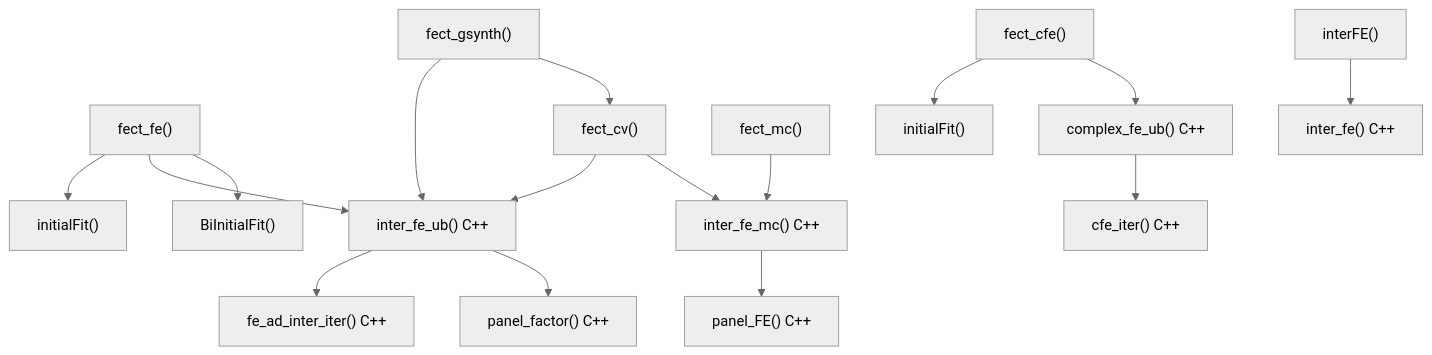
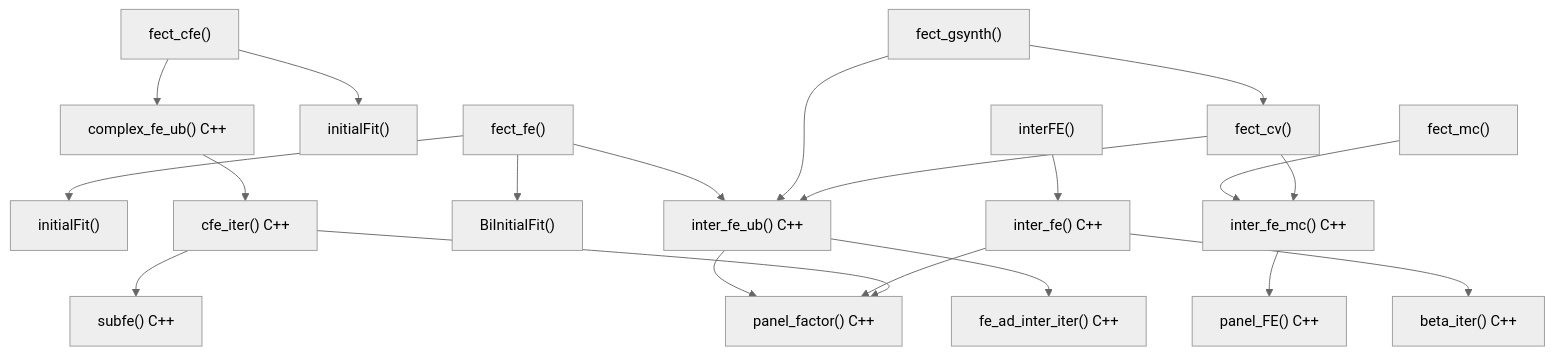
One commit to xuyiqing/fect changed the third of 4 diagrams in architecture.md. Above: the diagram before and after it, drawn with Mermaid. The commit also changed other lines of this file, not shown here.

Commit message:
Redraw architecture.md per StatsClaw scribe template

````diff
--- a/architecture.md
+++ b/architecture.md
@@ -208,27 +205,32 @@
 ```mermaid
 %%{init: {'theme': 'neutral'}}%%
 graph TD
     fect_fe["fect_fe()"] --> initialFit["initialFit()"]
     fect_fe --> inter_fe_ub["inter_fe_ub() C++"]
     fect_fe --> BiInitialFit["BiInitialFit()"]
 
     fect_cfe["fect_cfe()"] --> initialFit2["initialFit()"]
     fect_cfe --> complex_fe_ub["complex_fe_ub() C++"]
 
     fect_mc["fect_mc()"] --> inter_fe_mc["inter_fe_mc() C++"]
 
     fect_gsynth["fect_gsynth()"] --> inter_fe_ub
     fect_gsynth --> fect_cv["fect_cv()"]
 
     complex_fe_ub --> cfe_iter["cfe_iter() C++"]
 
     inter_fe_ub --> fe_ad["fe_ad_inter_iter() C++"]
     inter_fe_ub --> panel_factor["panel_factor() C++"]
 
     inter_fe_mc --> panel_FE["panel_FE() C++"]
 
     interFE["interFE()"] --> inter_fe["inter_fe() C++"]
+    inter_fe --> panel_factor
+    inter_fe --> beta_iter["beta_iter() C++"]
+
+    cfe_iter --> subfe["subfe() C++"]
+    cfe_iter --> panel_factor
 
     fect_cv --> inter_fe_ub
     fect_cv --> inter_fe_mc
 ```
````
